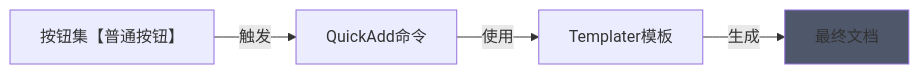
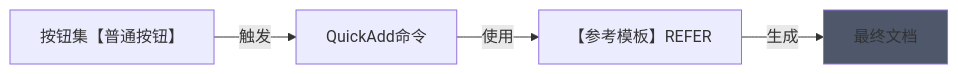
Before and after one commit to bairihai/Obsidian-template-vault: the second of 2 diagrams in 📚导航页 Home Page.md, drawn with Mermaid. The commit also changed other lines of this file and 1 other file, not shown here.

Commit message:
vault backup: 2025-02-14 10:19:02

````diff
--- a/📚导航页 Home Page.md
+++ b/📚导航页 Home Page.md
@@ -57,11 +57,11 @@
 ```mermaid
 graph LR
     A[按钮集【普通按钮】] -->|触发| Q[QuickAdd命令]
-    Q -->|使用| T[Templater模板]
+    Q -->|使用| T[【参考模板】REFER]
     T -->|生成| F[最终文档]
     style F fill:#4F576A
 
 
 class A internal-link;
-
+class T internal-link;
 ```
````
